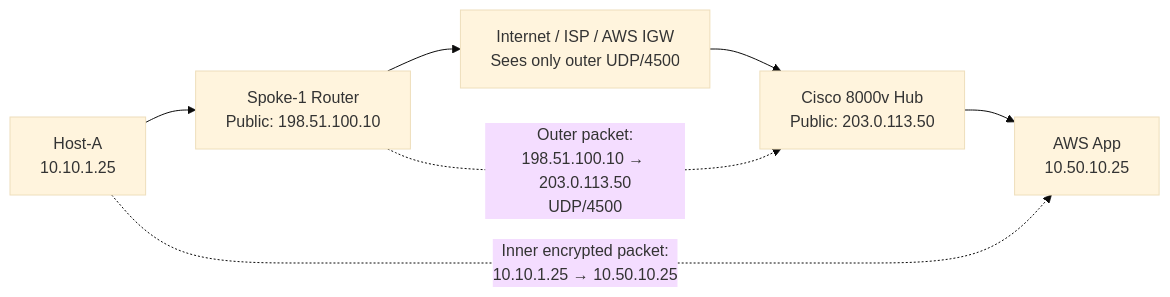
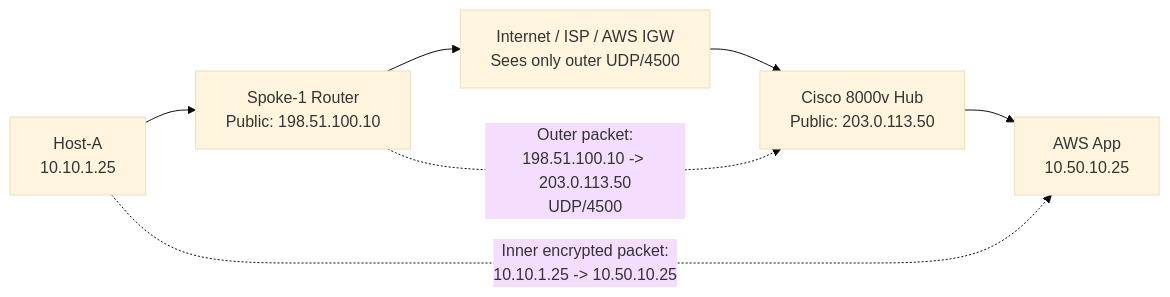
One commit to routerworld3/wiki_vp changed the second of 6 diagrams in cisco/ccde/flexvpn/draft/00_flexvpn.md. Above: the diagram before and after it, drawn with Mermaid (base theme). The commit also changed other lines of this file, not shown here.

````diff
--- a/cisco/ccde/flexvpn/draft/00_flexvpn.md
+++ b/cisco/ccde/flexvpn/draft/00_flexvpn.md
@@ -220,10 +236,10 @@
 ```mermaid
 flowchart LR
     A["Host-A<br/>10.10.1.25"] --> B["Spoke-1 Router<br/>Public: 198.51.100.10"]
     B --> C["Internet / ISP / AWS IGW<br/>Sees only outer UDP/4500"]
     C --> D["Cisco 8000v Hub<br/>Public: 203.0.113.50"]
     D --> E["AWS App<br/>10.50.10.25"]
 
-    B -. "Outer packet:<br/>198.51.100.10 → 203.0.113.50<br/>UDP/4500" .-> D
-    A -. "Inner encrypted packet:<br/>10.10.1.25 → 10.50.10.25" .-> E
+    B -. "Outer packet:<br/>198.51.100.10 -> 203.0.113.50<br/>UDP/4500" .-> D
+    A -. "Inner encrypted packet:<br/>10.10.1.25 -> 10.50.10.25" .-> E
 ```
````
